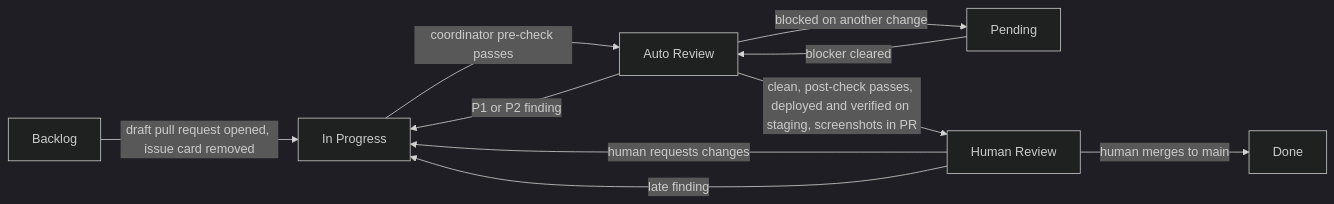
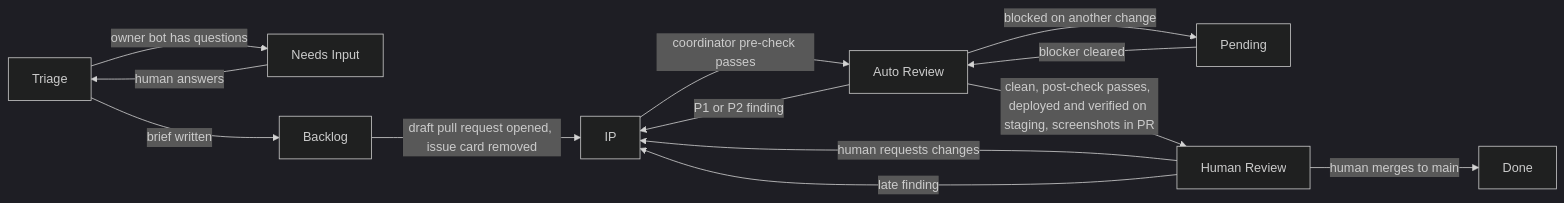
Before and after one commit to tangentcode/methodology: the diagram in workflow.md, drawn with Mermaid (dark theme). The commit also changed other lines of this file and 12 other files, not shown here.

First line of the commit message:
Workflow: Triage starts with options, a human decision, then a brief or Needs Input (#27)

````diff
--- a/workflow.md
+++ b/workflow.md
@@ -26,12 +34,15 @@
 ```mermaid
 flowchart LR
-    B[Backlog] -->|draft pull request opened, issue card removed| IP[In Progress]
+    T[Triage] -->|owner bot has questions| NI[Needs Input]
+    T -->|brief written| B[Backlog]
+    NI -->|human answers| T
+    B -->|draft pull request opened, issue card removed| IP
     IP -->|coordinator pre-check passes| AR[Auto Review]
     AR -->|P1 or P2 finding| IP
     AR -->|blocked on another change| P[Pending]
     P -->|blocker cleared| AR
     AR -->|clean, post-check passes, deployed and verified on staging, screenshots in PR| HR[Human Review]
     HR -->|human requests changes| IP
     HR -->|late finding| IP
     HR -->|human merges to main| D[Done]
 ```
````
